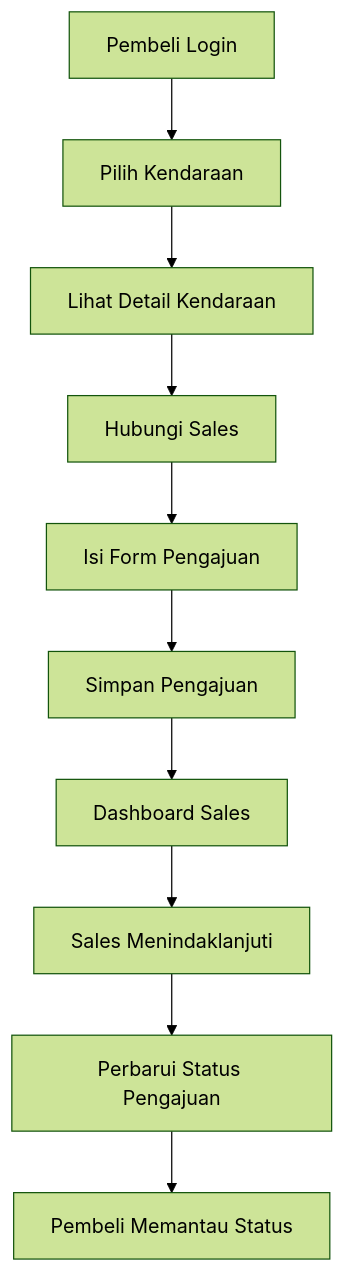
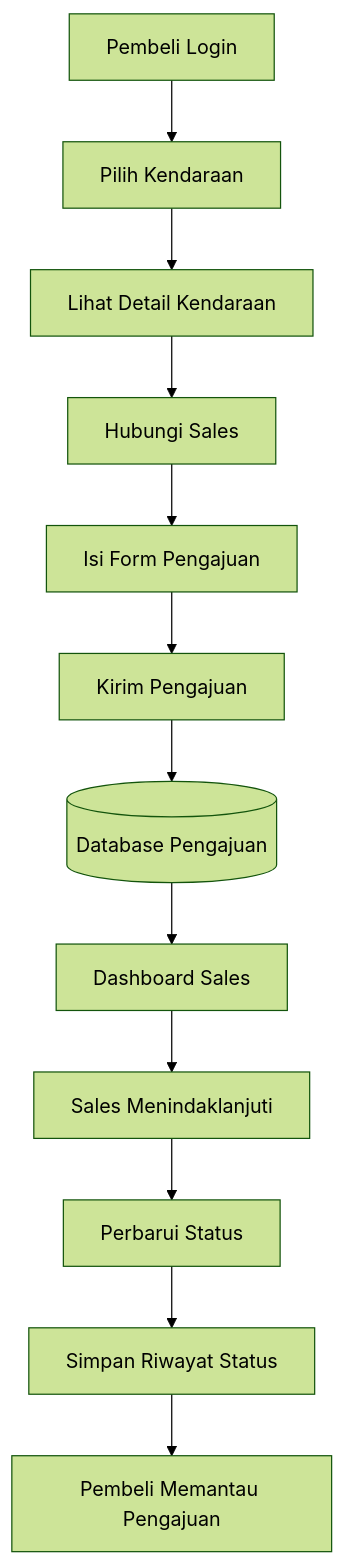
Before and after one commit to ermilaamanda102/autodrive: the third of 5 diagrams in README.md, drawn with Mermaid (forest theme). The commit also changed other lines of this file, not shown here.

Commit message:
docs: fix dashboard screenshots in root README

````diff
--- a/README.md
+++ b/README.md
@@ -262,12 +495,15 @@
 ```mermaid
 flowchart TD
-    A[Pembeli Login] --> B[Pilih Kendaraan]
+    A[Pembeli Login]
+    A --> B[Pilih Kendaraan]
     B --> C[Lihat Detail Kendaraan]
     C --> D[Hubungi Sales]
     D --> E[Isi Form Pengajuan]
-    E --> F[Simpan Pengajuan]
-    F --> G[Dashboard Sales]
-    G --> H[Sales Menindaklanjuti]
-    H --> I[Perbarui Status Pengajuan]
-    I --> J[Pembeli Memantau Status]
+    E --> F[Kirim Pengajuan]
+    F --> G[(Database Pengajuan)]
+    G --> H[Dashboard Sales]
+    H --> I[Sales Menindaklanjuti]
+    I --> J[Perbarui Status]
+    J --> K[Simpan Riwayat Status]
+    K --> L[Pembeli Memantau Pengajuan]
 ```
````
